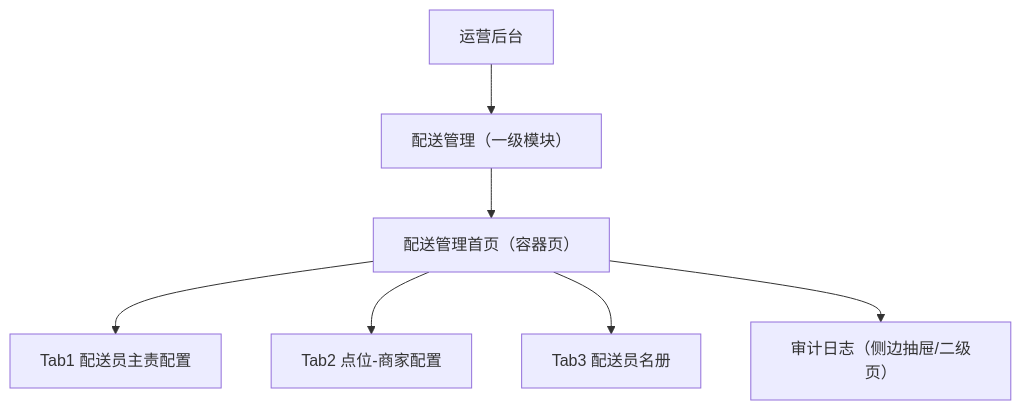
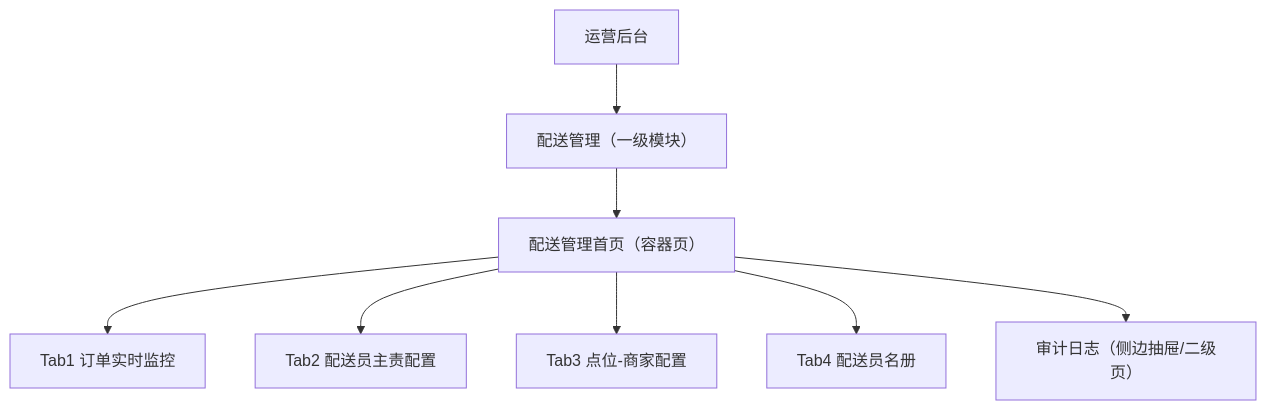
One commit to sdvegeta/gjhadmin changed the first of 5 diagrams in docs/modules/配送管理/IA.md. Above: the diagram before and after it, drawn with Mermaid. The commit also changed other lines of this file and 15 other files, not shown here.

````diff
--- a/docs/modules/配送管理/IA.md
+++ b/docs/modules/配送管理/IA.md
@@ -24,9 +24,10 @@
 ```mermaid
 flowchart TD
     A["运营后台"] --> B["配送管理（一级模块）"]
     B --> B1["配送管理首页（容器页）"]
-    B1 --> C1["Tab1 配送员主责配置"]
-    B1 --> C2["Tab2 点位-商家配置"]
-    B1 --> C3["Tab3 配送员名册"]
-    B1 --> C4["审计日志（侧边抽屉/二级页）"]
+    B1 --> C1["Tab1 订单实时监控"]
+    B1 --> C2["Tab2 配送员主责配置"]
+    B1 --> C3["Tab3 点位-商家配置"]
+    B1 --> C4["Tab4 配送员名册"]
+    B1 --> C5["审计日志（侧边抽屉/二级页）"]
 ```
````
